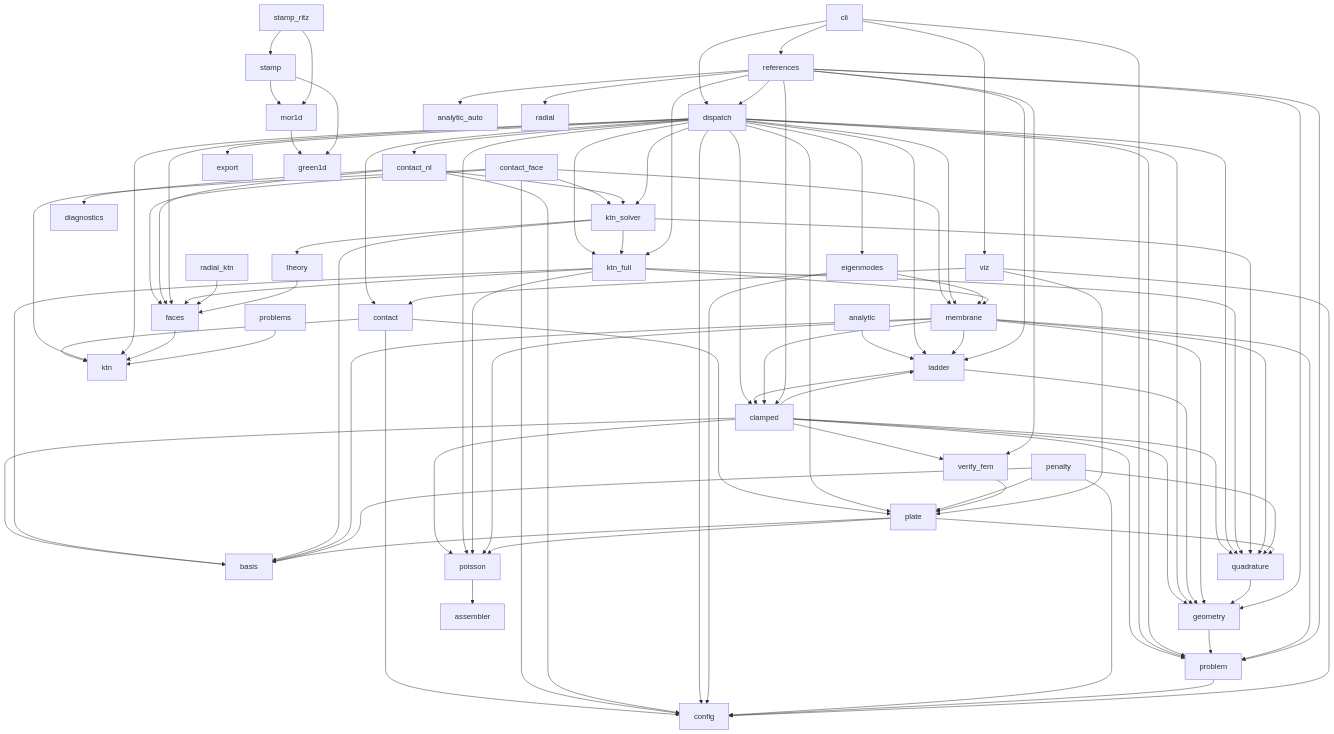
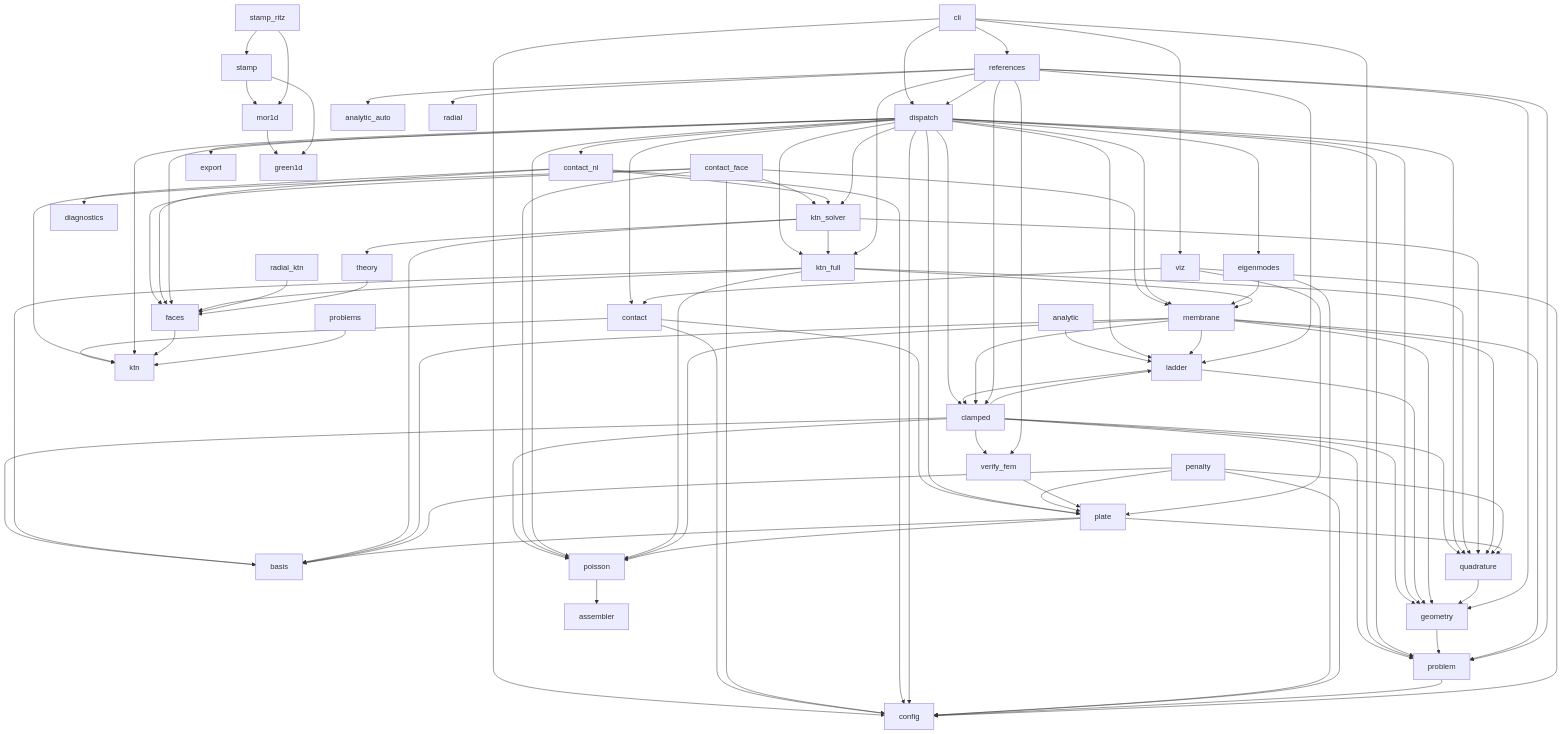
One commit to AnatoDu/plate-solver changed the diagram in docs/ARCHITECTURE.md. Above: the diagram before and after it, drawn with Mermaid. The commit also changed 43 other files, not shown here.

```diff
--- a/docs/ARCHITECTURE.md
+++ b/docs/ARCHITECTURE.md
@@ -80,6 +80,7 @@
     clamped --> problem
     clamped --> quadrature
     clamped --> verify_fem
+    cli --> config
     cli --> dispatch
     cli --> problem
     cli --> references
@@ -92,6 +93,7 @@
     contact_face --> ktn
     contact_face --> ktn_solver
     contact_face --> membrane
+    contact_face --> poisson
     contact_nl --> config
     contact_nl --> diagnostics
     contact_nl --> faces
```
